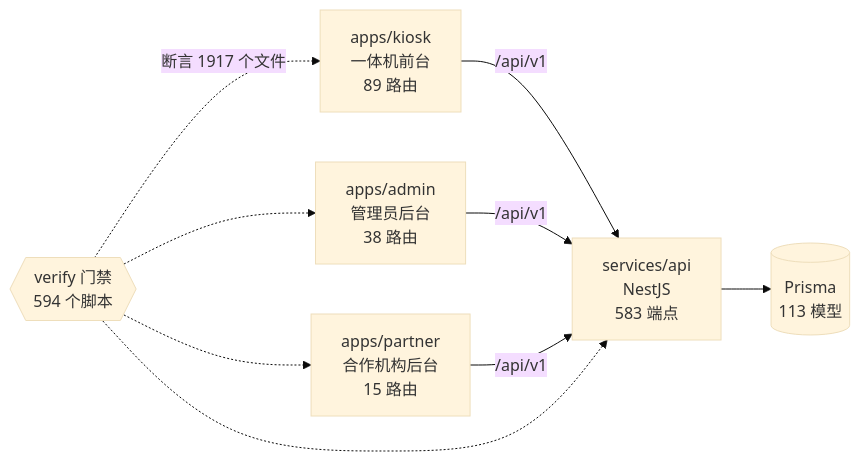
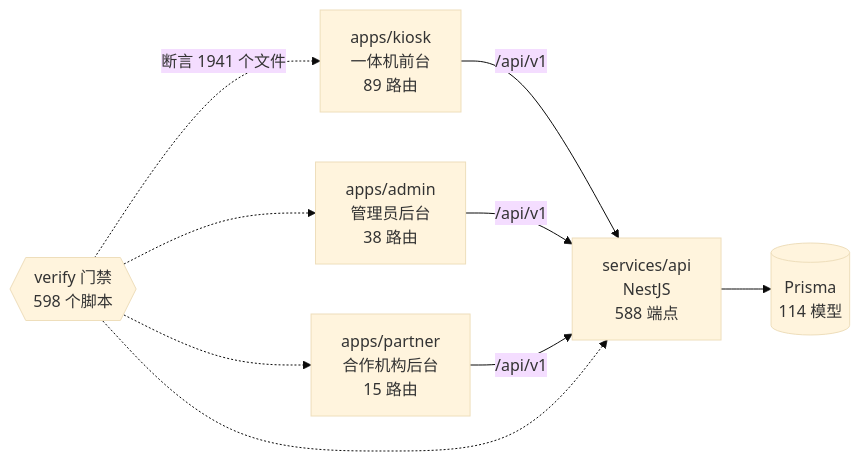
One commit to wanglei581/YITIJI changed the diagram in docs/graph/README.md. Above: the diagram before and after it, drawn with Mermaid (base theme). The commit also changed other lines of this file and 1 other file, not shown here.

Commit message:
chore(graph): 第七次第五块批次合入后重生图谱

````diff
--- a/docs/graph/README.md
+++ b/docs/graph/README.md
@@ -68,18 +68,18 @@
 ```mermaid
 flowchart LR
   kiosk["apps/kiosk<br/>一体机前台<br/>89 路由"]
   admin["apps/admin<br/>管理员后台<br/>38 路由"]
   partner["apps/partner<br/>合作机构后台<br/>15 路由"]
-  api["services/api<br/>NestJS<br/>583 端点"]
-  db[("Prisma<br/>113 模型")]
-  gates{{"verify 门禁<br/>594 个脚本"}}
+  api["services/api<br/>NestJS<br/>588 端点"]
+  db[("Prisma<br/>114 模型")]
+  gates{{"verify 门禁<br/>598 个脚本"}}
 
   kiosk -->|"/api/v1"| api
   admin -->|"/api/v1"| api
   partner -->|"/api/v1"| api
   api --> db
-  gates -.->|"断言 1917 个文件"| kiosk
+  gates -.->|"断言 1941 个文件"| kiosk
   gates -.-> admin
   gates -.-> partner
   gates -.-> api
 ```
````
